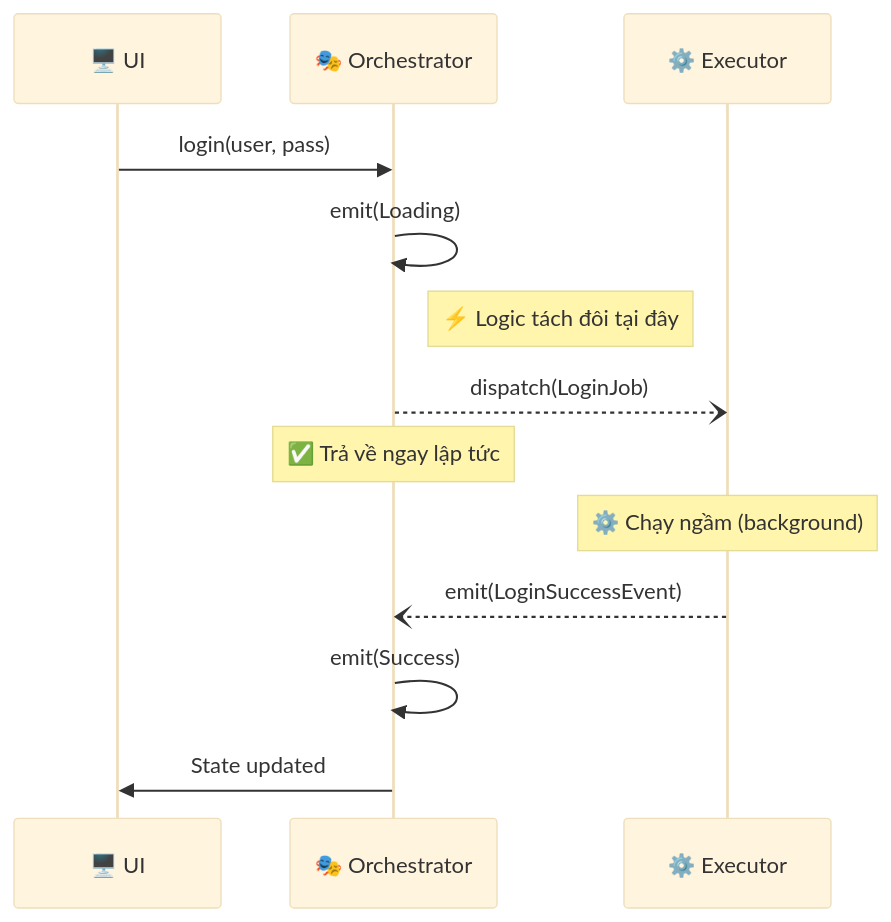
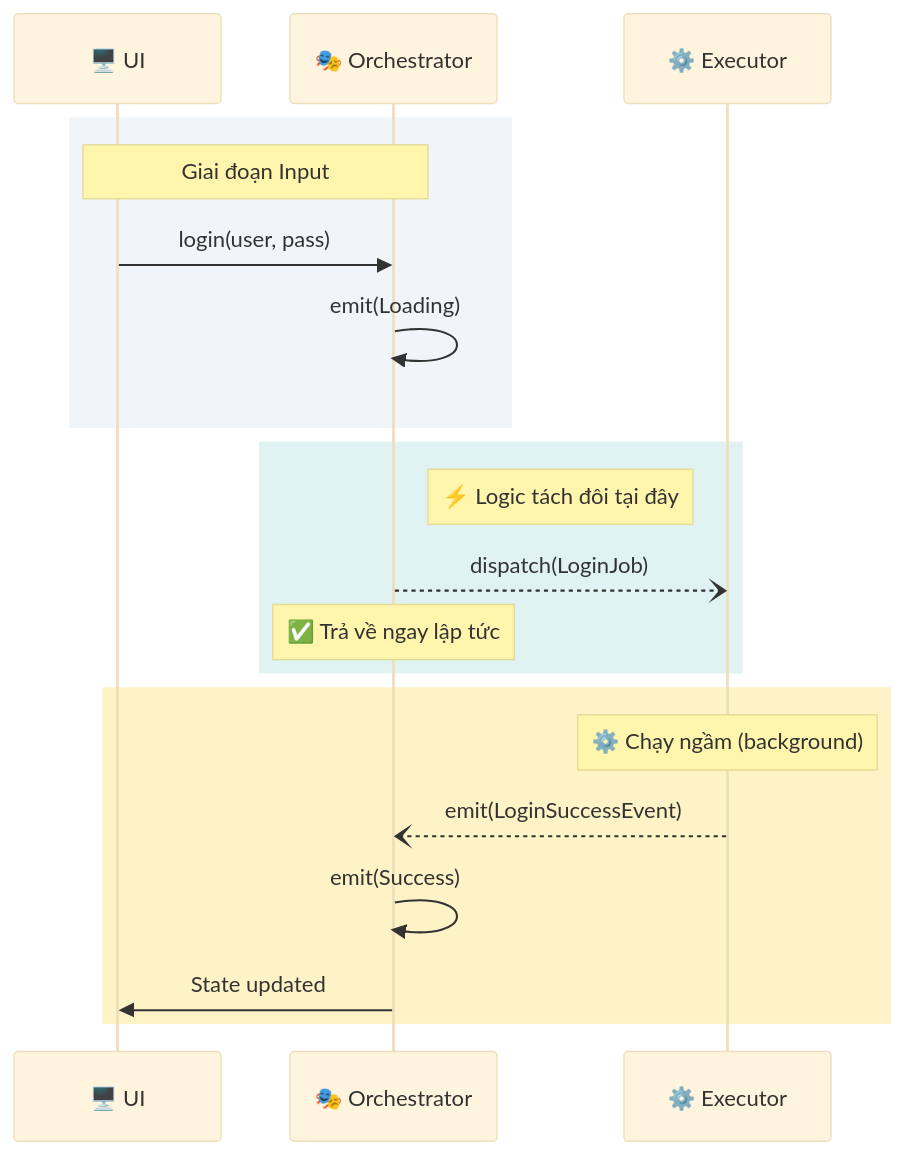
Before and after one commit to lploc94/flutter_orchestrator: the second of 11 diagrams in book/vi/chapters/02_architecture_concepts.md, drawn with Mermaid (base theme). The commit also changed other lines of this file and 3 other files, not shown here.

````diff
--- a/book/vi/chapters/02_architecture_concepts.md
+++ b/book/vi/chapters/02_architecture_concepts.md
@@ -44,20 +45,25 @@
 ```mermaid
 sequenceDiagram
     participant UI as 🖥️ UI
     participant Orch as 🎭 Orchestrator
     participant Exec as ⚙️ Executor
     
-    UI->>Orch: login(user, pass)
-    Orch->>Orch: emit(Loading)
+    rect rgb(241, 245, 249)
+        Note over UI,Orch: Giai đoạn Input
+        UI->>Orch: login(user, pass)
+        Orch->>Orch: emit(Loading)
+    end
     
-    Note right of Orch: ⚡ Logic tách đôi tại đây
+    rect rgb(224, 242, 241)
+        Note right of Orch: ⚡ Logic tách đôi tại đây
+        Orch--)Exec: dispatch(LoginJob)
+        Note over Orch: ✅ Trả về ngay lập tức
+    end
     
-    Orch--)Exec: dispatch(LoginJob)
-    Note over Orch: ✅ Trả về ngay lập tức
-    
-    Note over Exec: ⚙️ Chạy ngầm (background)
-    
-    Exec--)Orch: emit(LoginSuccessEvent)
-    Orch->>Orch: emit(Success)
-    Orch->>UI: State updated
+    rect rgb(254, 243, 199)
+        Note over Exec: ⚙️ Chạy ngầm (background)
+        Exec--)Orch: emit(LoginSuccessEvent)
+        Orch->>Orch: emit(Success)
+        Orch->>UI: State updated
+    end
 ```
````
